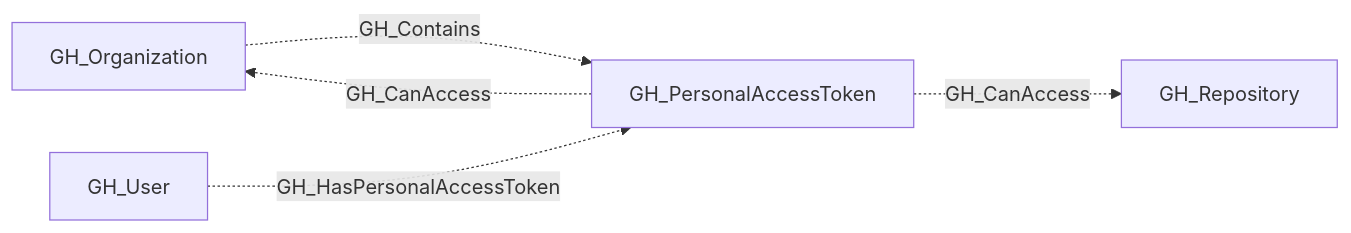
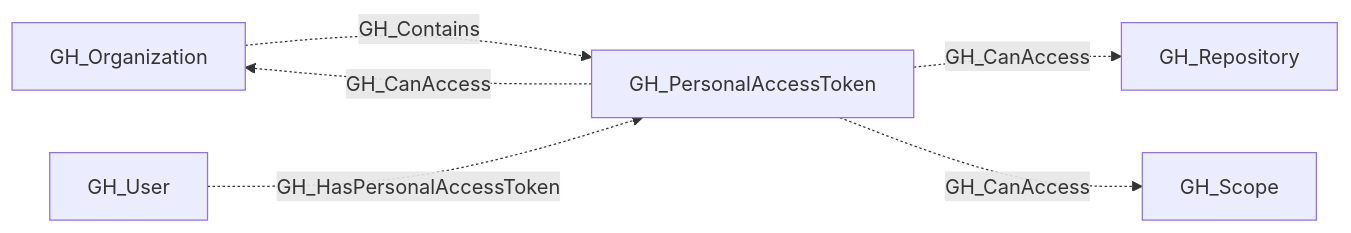
The diagram in descriptions/nodes/GH_PersonalAccessToken.md (SpecterOps/openhound-github), drawn with Mermaid before and after one commit. The commit also changed other lines of this file and 44 other files, not shown here.

````diff
--- a/descriptions/nodes/GH_PersonalAccessToken.md
+++ b/descriptions/nodes/GH_PersonalAccessToken.md
@@ -36,11 +36,13 @@
 ```mermaid
 graph LR
     n0["GH_Organization"]
     n1["GH_PersonalAccessToken"]
     n2["GH_Repository"]
-    n3["GH_User"]
+    n3["GH_Scope"]
+    n4["GH_User"]
     n0 -.->|GH_Contains| n1
     n1 -.->|GH_CanAccess| n0
     n1 -.->|GH_CanAccess| n2
-    n3 -.->|GH_HasPersonalAccessToken| n1
+    n1 -.->|GH_CanAccess| n3
+    n4 -.->|GH_HasPersonalAccessToken| n1
 ```
````
